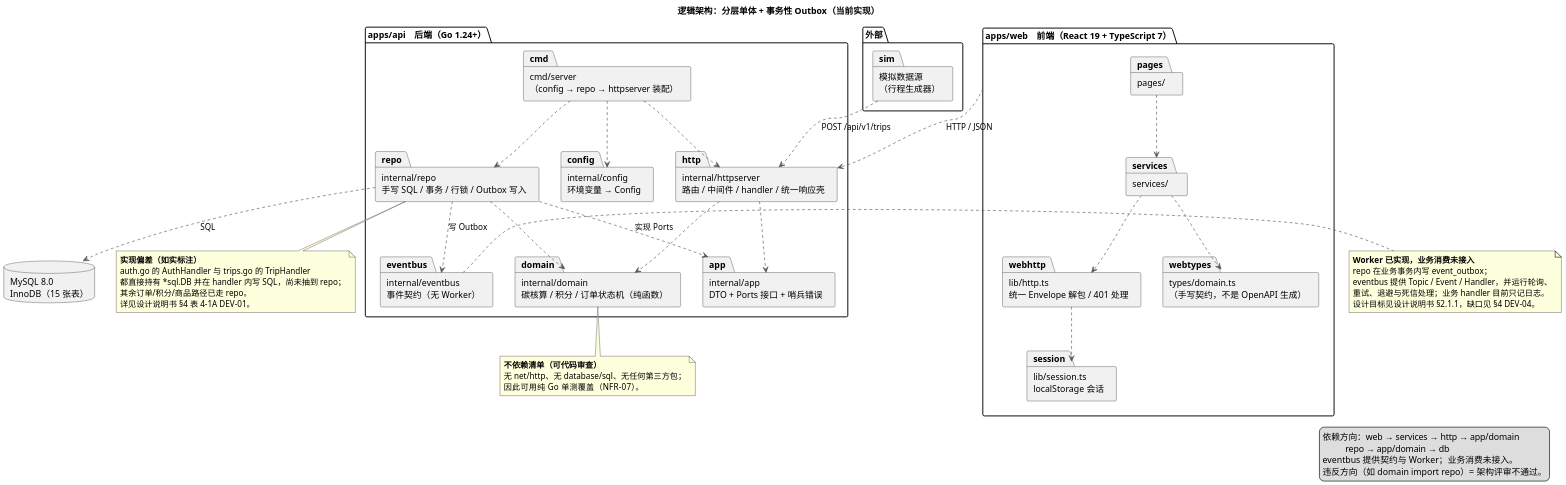
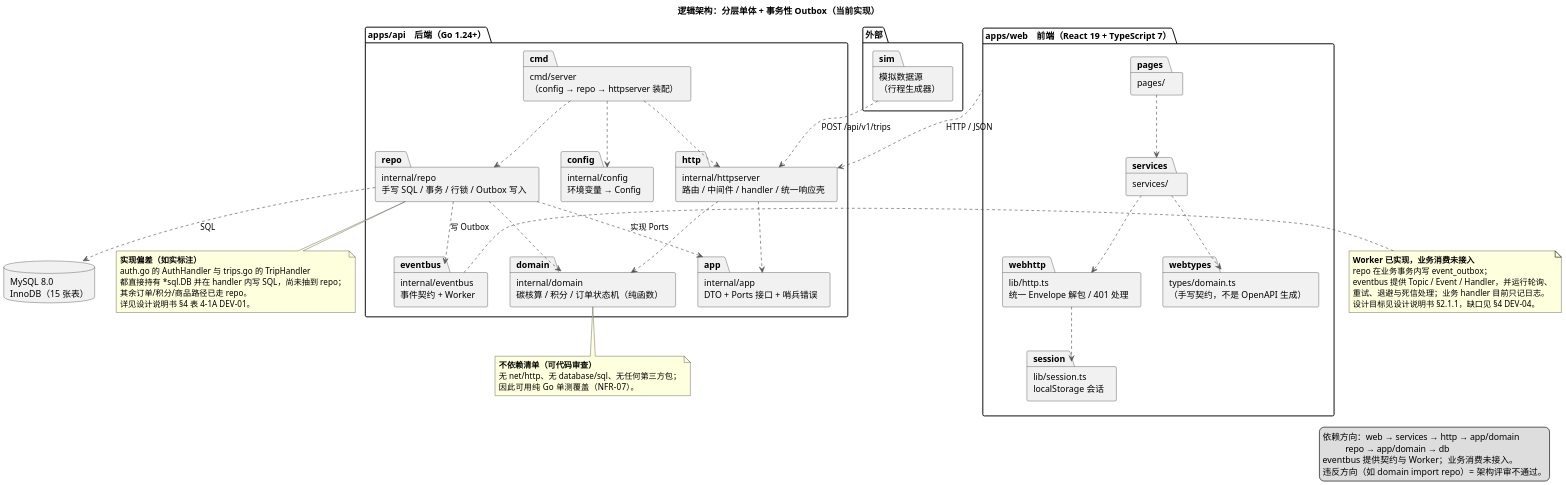
The diagram in docs/uml/05-包图-逻辑架构.puml (chiyan11/green-travel-points), drawn with PlantUML before and after one commit. The commit also changed 9 other files, not shown here.

Commit message:
docs(uml): 同步批次不足与 Worker 事实

```diff
--- a/docs/uml/05-包图-逻辑架构.puml
+++ b/docs/uml/05-包图-逻辑架构.puml
@@ -1,84 +1,84 @@
 @startuml 图2-1 系统逻辑架构 包图
 ' 依据：docs/设计规格说明书.md §2.1.2；与仓库当前目录对齐（2026-11-24）
 ' 设计原则：依赖方向由外向内；domain 只依赖标准库，不依赖 HTTP / SQL / 框架
 
 skinparam defaultFontName "Microsoft YaHei"
 skinparam dpi 150
 skinparam shadowing false
 skinparam packageStyle folder
 skinparam ArrowColor #555555
 
 title 逻辑架构：分层单体 + 事务性 Outbox（当前实现）
 
 package "apps/web　前端（React 19 + TypeScript 7）" as web {
   package "pages/" as pages
   package "services/" as services
   package "lib/http.ts\n统一 Envelope 解包 / 401 处理" as webhttp
   package "lib/session.ts\nlocalStorage 会话" as session
   package "types/domain.ts\n（手写契约，不是 OpenAPI 生成）" as webtypes
 }
 
 package "apps/api　后端（Go 1.24+）" as api {
   package "cmd/server\n（config → repo → httpserver 装配）" as cmd
   package "internal/httpserver\n路由 / 中间件 / handler / 统一响应壳" as http
   package "internal/app\nDTO + Ports 接口 + 哨兵错误" as app
   package "internal/domain\n碳核算 / 积分 / 订单状态机（纯函数）" as domain
   package "internal/repo\n手写 SQL / 事务 / 行锁 / Outbox 写入" as repo
-  package "internal/eventbus\n事件契约（无 Worker）" as eventbus
+  package "internal/eventbus\n事件契约 + Worker" as eventbus
   package "internal/config\n环境变量 → Config" as config
 }
 
 database "MySQL 8.0\nInnoDB（15 张表）" as db
 
 package "外部" as ext {
   package "模拟数据源\n（行程生成器）" as sim
 }
 
 pages ..> services
 services ..> webhttp
 services ..> webtypes
 webhttp ..> session
 web ..> http : HTTP / JSON
 
 cmd ..> http
 cmd ..> repo
 cmd ..> config
 http ..> app
 http ..> domain
 repo ..> app : 实现 Ports
 repo ..> domain
 repo ..> eventbus : 写 Outbox
 repo ..> db : SQL
 sim ..> http : POST /api/v1/trips
 
 ' 关键约束：domain 不反向依赖任何人
 note bottom of domain
   **不依赖清单（可代码审查）**
   无 net/http、无 database/sql、无任何第三方包；
   因此可用纯 Go 单测覆盖（NFR-07）。
 end note
 
 note right of eventbus
   **Worker 已实现，业务消费未接入**
   repo 在业务事务内写 event_outbox；
   eventbus 提供 Topic / Event / Handler，并运行轮询、
   重试、退避与死信处理；业务 handler 目前只记日志。
   设计目标见设计说明书 §2.1.1，缺口见 §4 DEV-04。
 end note
 
 note bottom of repo
   **实现偏差（如实标注）**
   auth.go 的 AuthHandler 与 trips.go 的 TripHandler
   都直接持有 *sql.DB 并在 handler 内写 SQL，尚未抽到 repo；
   其余订单/积分/商品路径已走 repo。
   详见设计说明书 §4 表 4-1A DEV-01。
 end note
 
 legend right
   依赖方向：web → services → http → app/domain
             repo → app/domain → db
   eventbus 提供契约与 Worker；业务消费未接入。
   违反方向（如 domain import repo）= 架构评审不通过。
 endlegend
 
 @enduml
```
